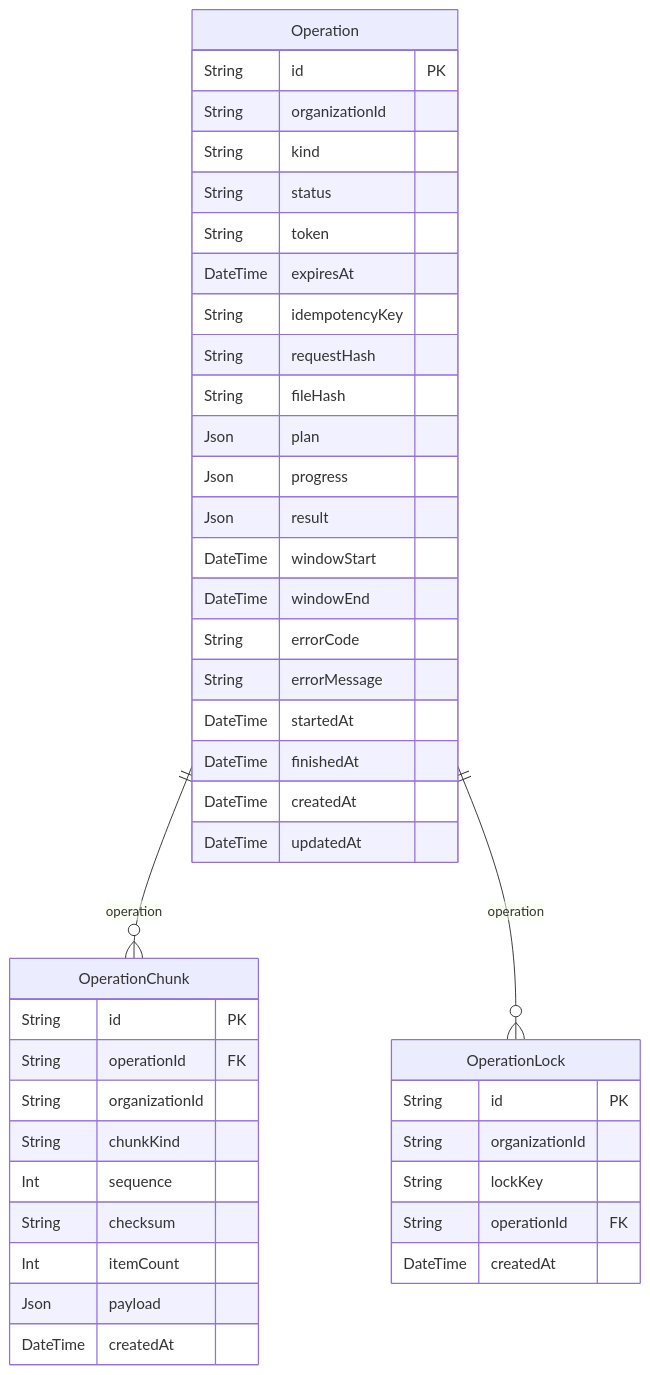
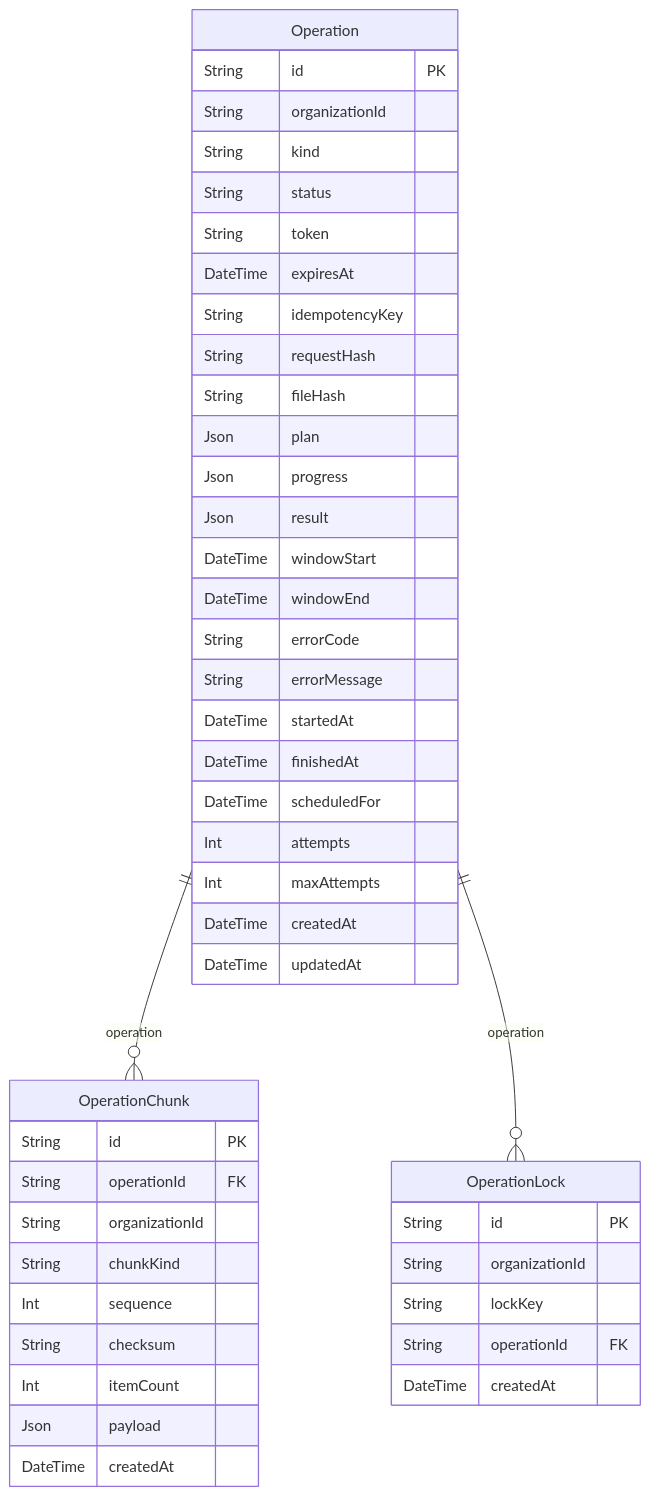
The diagram in docs/erd/operation.md (AgentFoundry-Labs/kiditem), drawn with Mermaid before and after one commit. The commit also changed 71 other files, not shown here.

````diff
--- a/docs/erd/operation.md
+++ b/docs/erd/operation.md
@@ -18,45 +18,48 @@
 ```mermaid
 erDiagram
   Operation {
     String id PK
     String organizationId
     String kind
     String status
     String token
     DateTime expiresAt
     String idempotencyKey
     String requestHash
     String fileHash
     Json plan
     Json progress
     Json result
     DateTime windowStart
     DateTime windowEnd
     String errorCode
     String errorMessage
     DateTime startedAt
     DateTime finishedAt
+    DateTime scheduledFor
+    Int attempts
+    Int maxAttempts
     DateTime createdAt
     DateTime updatedAt
   }
   OperationChunk {
     String id PK
     String operationId FK
     String organizationId
     String chunkKind
     Int sequence
     String checksum
     Int itemCount
     Json payload
     DateTime createdAt
   }
   OperationLock {
     String id PK
     String organizationId
     String lockKey
     String operationId FK
     DateTime createdAt
   }
   Operation ||--o{ OperationChunk : "operation"
   Operation ||--o{ OperationLock : "operation"
 ```
````
